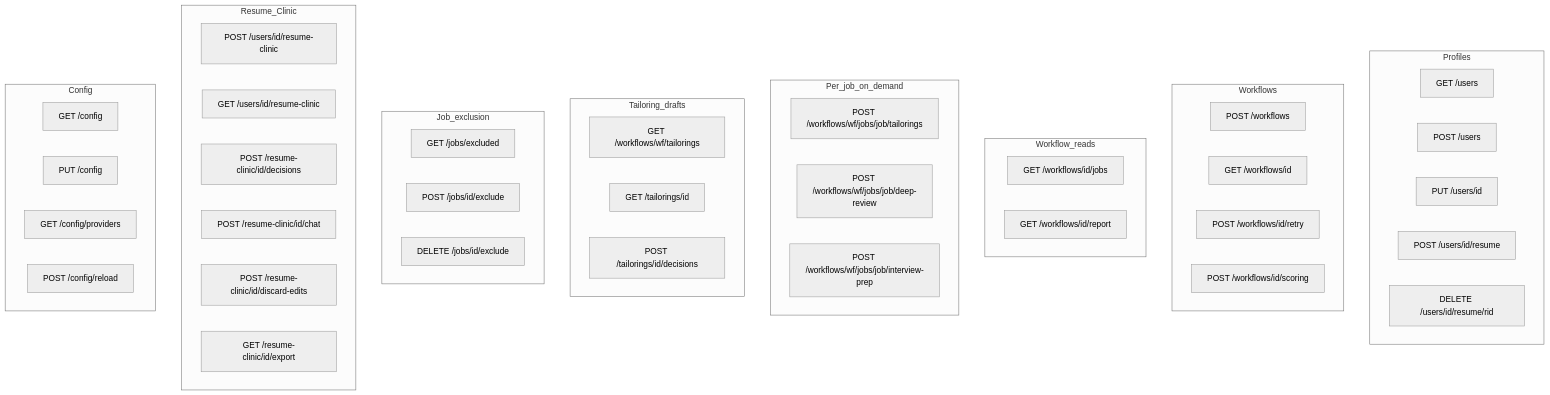
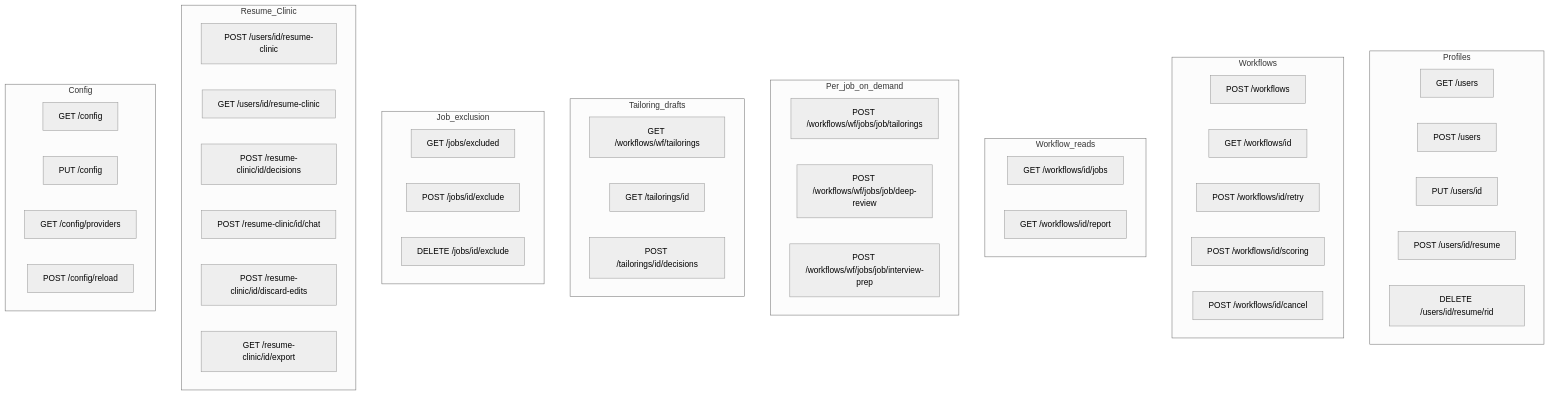
The diagram in docs/architecture/api_surface_overview.md (suthrams/jobsearchagent-v2), drawn with Mermaid (neutral theme) before and after one commit. The commit also changed other lines of this file and 17 other files, not shown here.

````diff
--- a/docs/architecture/api_surface_overview.md
+++ b/docs/architecture/api_surface_overview.md
@@ -23,56 +23,57 @@
 ```mermaid
 flowchart TB
     subgraph Profiles
         p1[GET /users]
         p2[POST /users]
         p3[PUT /users/id]
         p4[POST /users/id/resume]
         p5[DELETE /users/id/resume/rid]
     end
 
     subgraph Workflows
         w1[POST /workflows]
         w2[GET /workflows/id]
         w3[POST /workflows/id/retry]
         w4[POST /workflows/id/scoring]
+        w5[POST /workflows/id/cancel]
     end
 
     subgraph Workflow_reads
         r1[GET /workflows/id/jobs]
         r2[GET /workflows/id/report]
     end
 
     subgraph Per_job_on_demand
         d1[POST /workflows/wf/jobs/job/tailorings]
         d2[POST /workflows/wf/jobs/job/deep-review]
         d3[POST /workflows/wf/jobs/job/interview-prep]
     end
 
     subgraph Tailoring_drafts
         t1[GET /workflows/wf/tailorings]
         t2[GET /tailorings/id]
         t3[POST /tailorings/id/decisions]
     end
 
     subgraph Job_exclusion
         j1[GET /jobs/excluded]
         j2[POST /jobs/id/exclude]
         j3[DELETE /jobs/id/exclude]
     end
 
     subgraph Resume_Clinic
         c1[POST /users/id/resume-clinic]
         c2[GET /users/id/resume-clinic]
         c3[POST /resume-clinic/id/decisions]
         c4[POST /resume-clinic/id/chat]
         c5[POST /resume-clinic/id/discard-edits]
         c6[GET /resume-clinic/id/export]
     end
 
     subgraph Config
         f1[GET /config]
         f2[PUT /config]
         f3[GET /config/providers]
         f4[POST /config/reload]
     end
 ```
````
